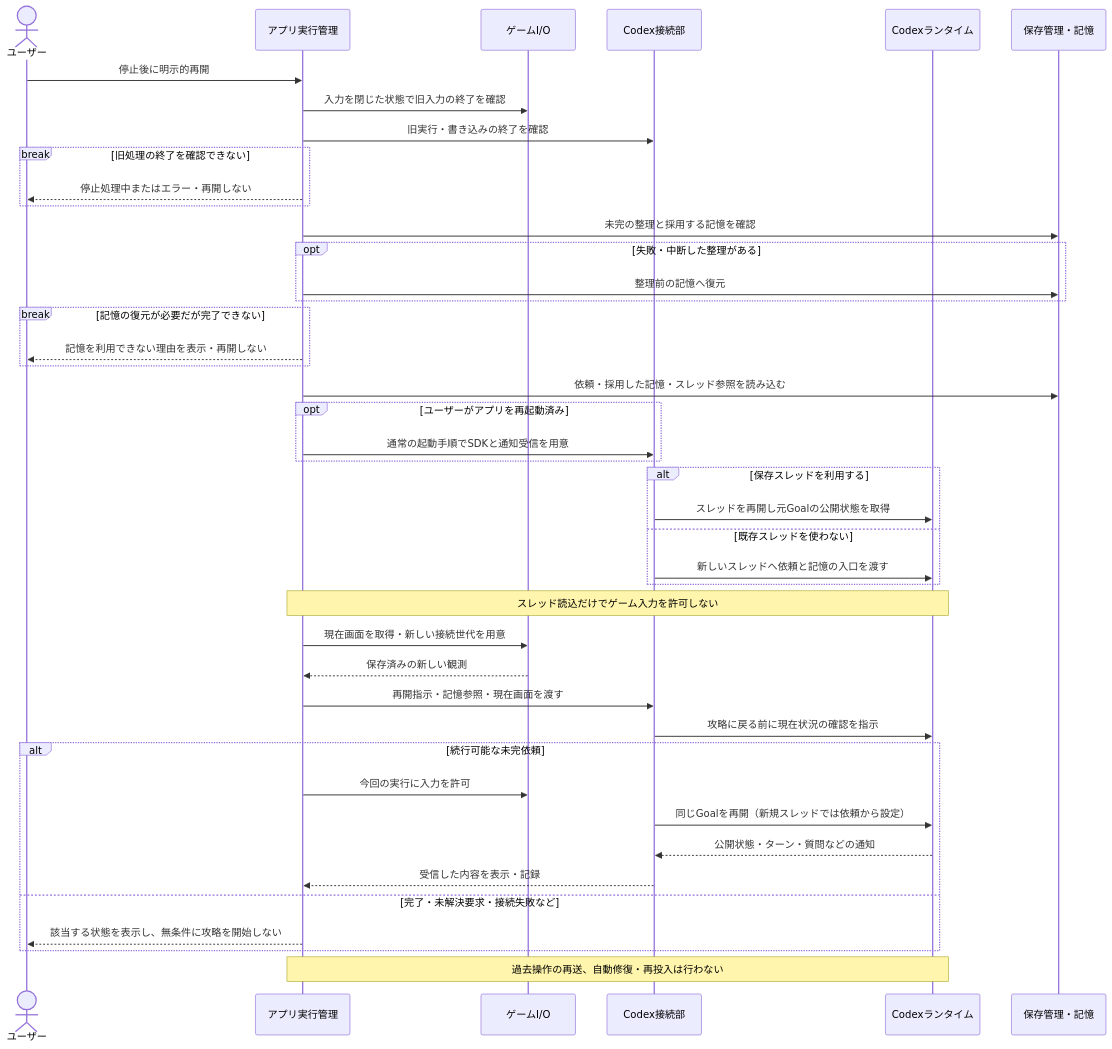
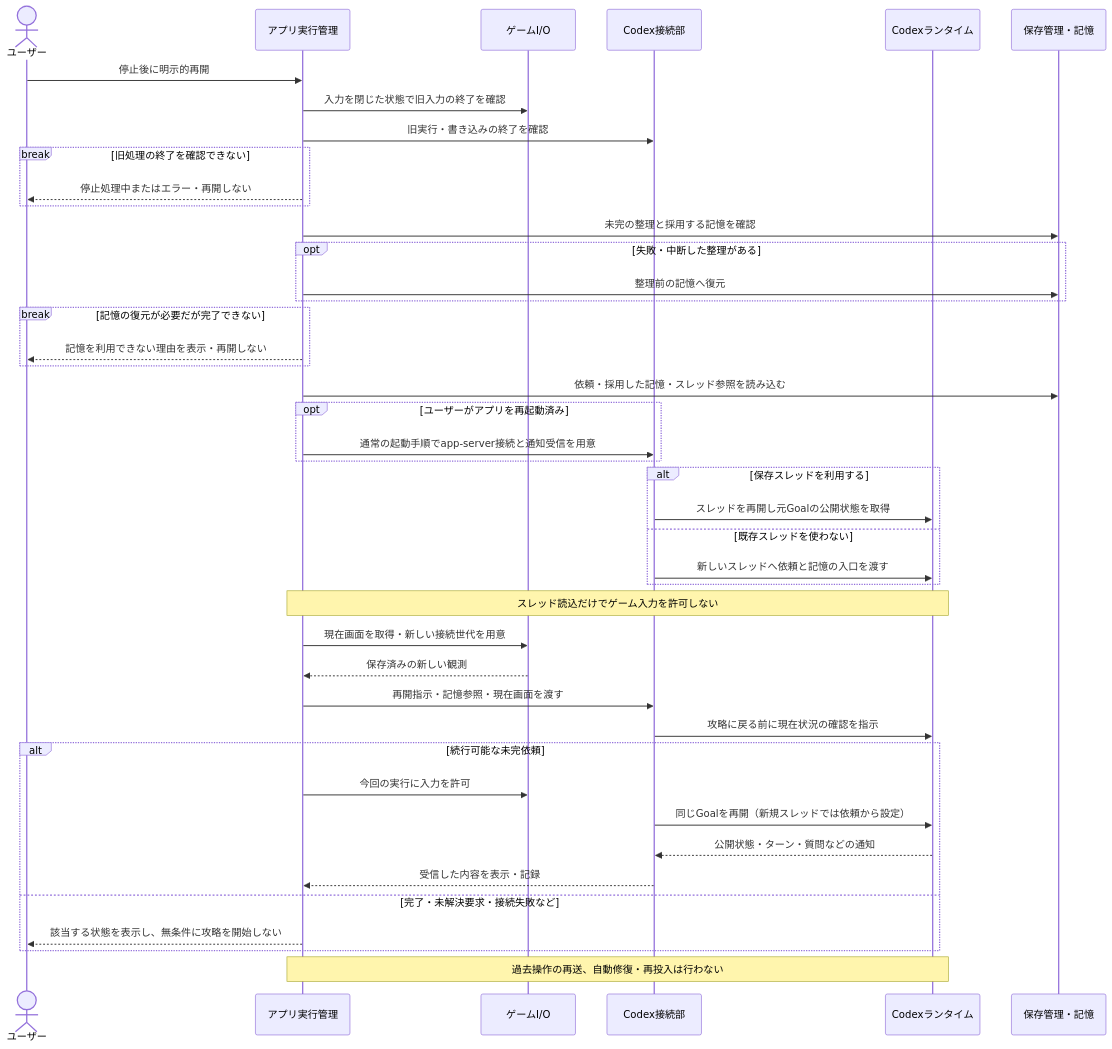
One commit to niart120/Project_Gigas changed the sixth of 8 diagrams in spec/initial/09-control-flows.md. Above: the diagram before and after it, drawn with Mermaid. The commit also changed other lines of this file and 6 other files, not shown here.

````diff
--- a/spec/initial/09-control-flows.md
+++ b/spec/initial/09-control-flows.md
@@ -266,45 +266,45 @@
 ```mermaid
 sequenceDiagram
     actor U as ユーザー
     participant A as アプリ実行管理
     participant G as ゲームI/O
     participant C as Codex接続部
     participant R as Codexランタイム
     participant D as 保存管理・記憶
     U->>A: 停止後に明示的再開
     A->>G: 入力を閉じた状態で旧入力の終了を確認
     A->>C: 旧実行・書き込みの終了を確認
     break 旧処理の終了を確認できない
         A-->>U: 停止処理中またはエラー・再開しない
     end
     A->>D: 未完の整理と採用する記憶を確認
     opt 失敗・中断した整理がある
         A->>D: 整理前の記憶へ復元
     end
     break 記憶の復元が必要だが完了できない
         A-->>U: 記憶を利用できない理由を表示・再開しない
     end
     A->>D: 依頼・採用した記憶・スレッド参照を読み込む
     opt ユーザーがアプリを再起動済み
-        A->>C: 通常の起動手順でSDKと通知受信を用意
+        A->>C: 通常の起動手順でapp-server接続と通知受信を用意
     end
     alt 保存スレッドを利用する
         C->>R: スレッドを再開し元Goalの公開状態を取得
     else 既存スレッドを使わない
         C->>R: 新しいスレッドへ依頼と記憶の入口を渡す
     end
     Note over A,R: スレッド読込だけでゲーム入力を許可しない
     A->>G: 現在画面を取得・新しい接続世代を用意
     G-->>A: 保存済みの新しい観測
     A->>C: 再開指示・記憶参照・現在画面を渡す
     C->>R: 攻略に戻る前に現在状況の確認を指示
     alt 続行可能な未完依頼
         A->>G: 今回の実行に入力を許可
         C->>R: 同じGoalを再開（新規スレッドでは依頼から設定）
         R-->>C: 公開状態・ターン・質問などの通知
         C-->>A: 受信した内容を表示・記録
     else 完了・未解決要求・接続失敗など
         A-->>U: 該当する状態を表示し、無条件に攻略を開始しない
     end
     Note over A,R: 過去操作の再送、自動修復・再投入は行わない
 ```
````
